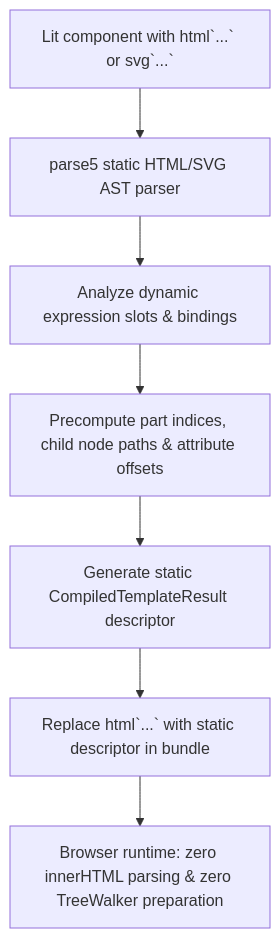
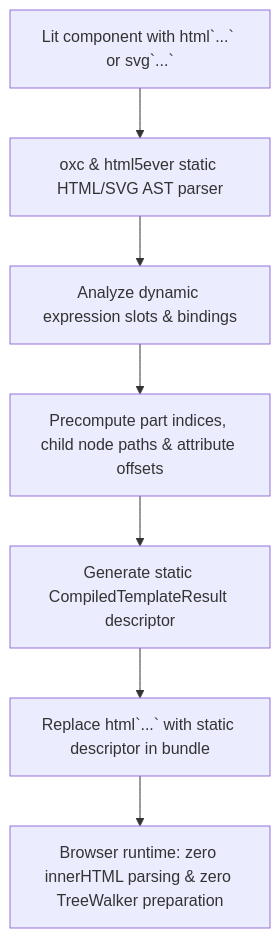
Before and after one commit to lit-core/core: the diagram in packages/transforms/html-aot/README.md, drawn with Mermaid. The commit also changed other lines of this file and 25 other files, not shown here.

````diff
--- a/packages/transforms/html-aot/README.md
+++ b/packages/transforms/html-aot/README.md
@@ -37,9 +35,9 @@
 ```mermaid
 flowchart TD
-    A["Lit component with html`...` or svg`...`"] --> B["parse5 static HTML/SVG AST parser"]
+    A["Lit component with html`...` or svg`...`"] --> B["oxc & html5ever static HTML/SVG AST parser"]
     B --> C["Analyze dynamic expression slots & bindings"]
     C --> D["Precompute part indices, child node paths & attribute offsets"]
     D --> E["Generate static CompiledTemplateResult descriptor"]
     E --> F["Replace html`...` with static descriptor in bundle"]
     F --> G["Browser runtime: zero innerHTML parsing & zero TreeWalker preparation"]
 ```
````
